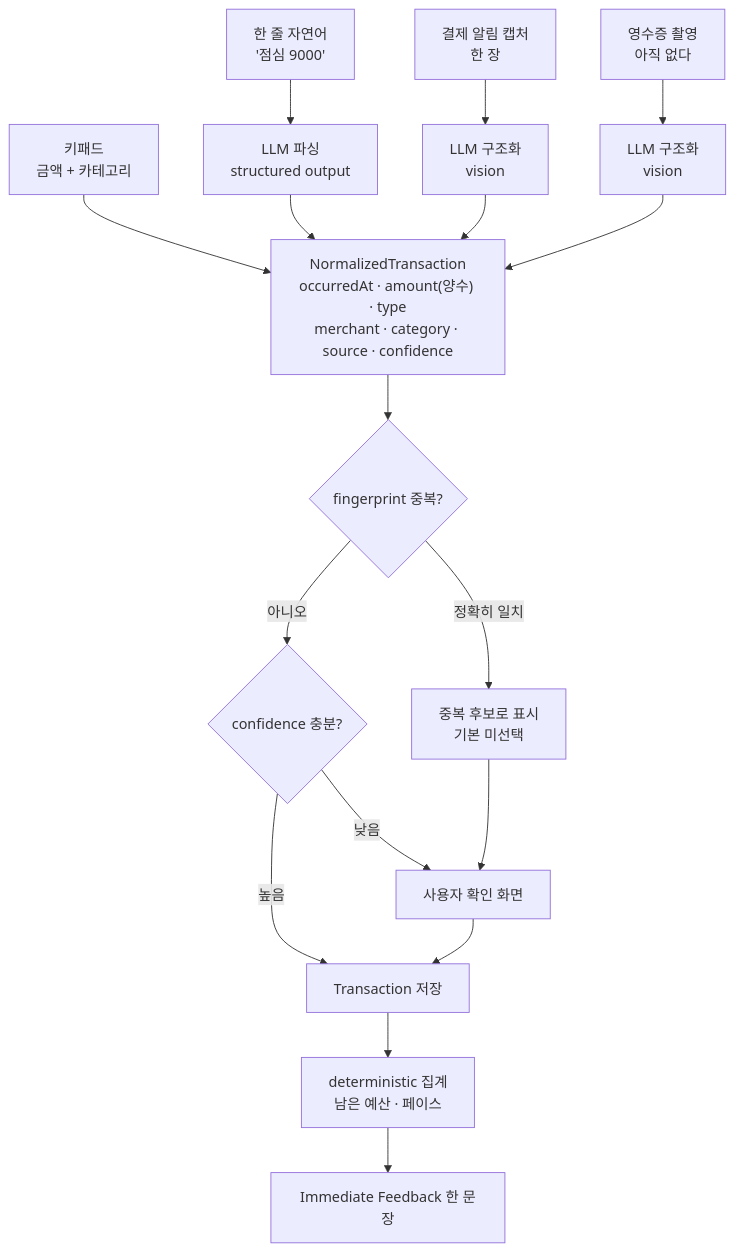
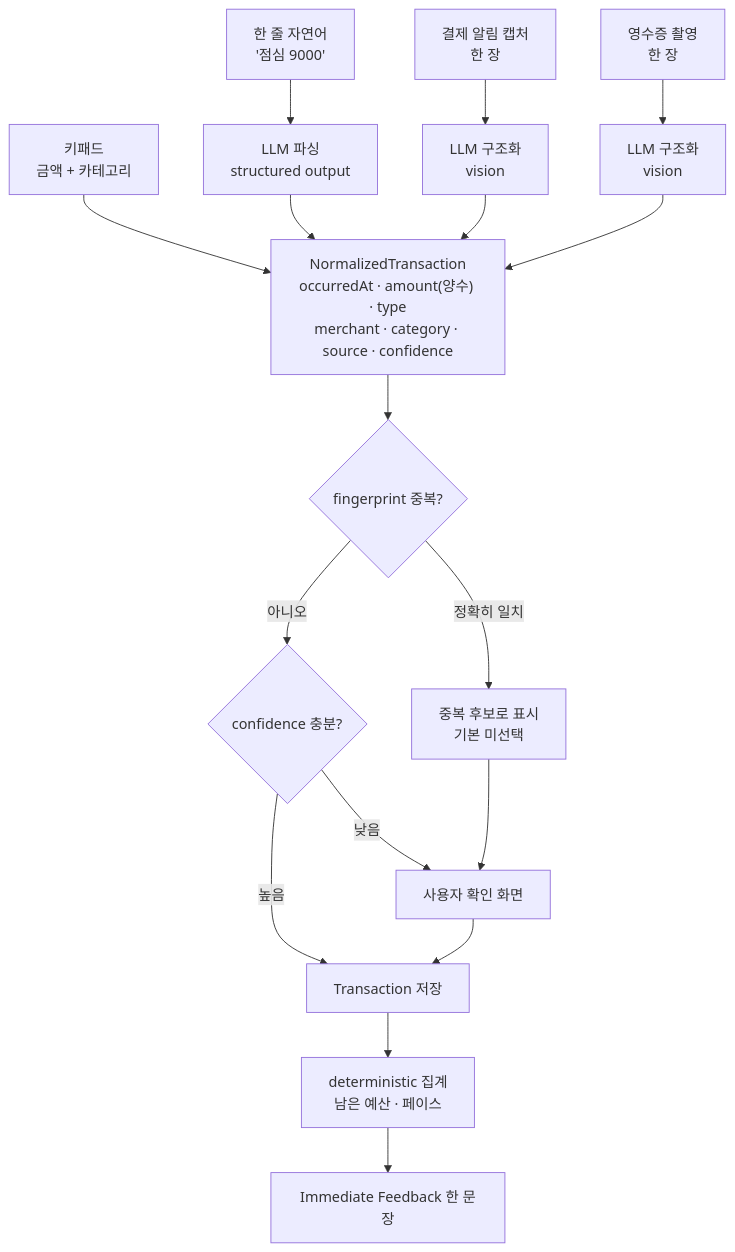
One commit to 96Hong2/pocket changed the second of 2 diagrams in docs/ARCHITECTURE.md. Above: the diagram before and after it, drawn with Mermaid. The commit also changed other lines of this file and 32 other files, not shown here.

````diff
--- a/docs/ARCHITECTURE.md
+++ b/docs/ARCHITECTURE.md
@@ -96,19 +96,19 @@
 ```mermaid
 flowchart TD
   K["키패드<br/>금액 + 카테고리"] --> N
   NL["한 줄 자연어<br/>'점심 9000'"] --> P1["LLM 파싱<br/>structured output"] --> N
   SS["결제 알림 캡처<br/>한 장"] --> P2["LLM 구조화<br/>vision"] --> N
-  RC["영수증 촬영<br/>아직 없다"] --> P3["LLM 구조화<br/>vision"] --> N
+  RC["영수증 촬영<br/>한 장"] --> P3["LLM 구조화<br/>vision"] --> N
 
   N["NormalizedTransaction<br/>occurredAt · amount(양수) · type<br/>merchant · category · source · confidence"]
 
   N --> DUP{"fingerprint 중복?"}
   DUP -->|"정확히 일치"| CAND["중복 후보로 표시<br/>기본 미선택"]
   DUP -->|"아니오"| CONF{"confidence 충분?"}
   CONF -->|"낮음"| REVIEW["사용자 확인 화면"]
   CONF -->|"높음"| SAVE
   CAND --> REVIEW
   REVIEW --> SAVE["Transaction 저장"]
   SAVE --> AGG["deterministic 집계<br/>남은 예산 · 페이스"]
   AGG --> FB["Immediate Feedback 한 문장"]
 ```
````
